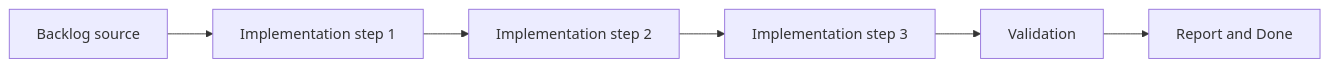
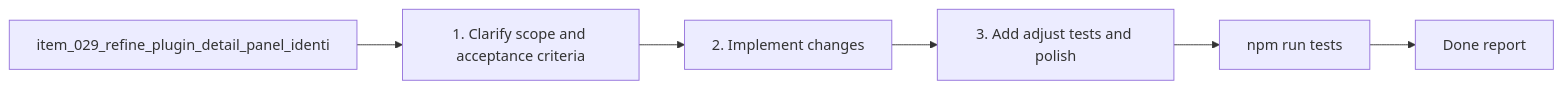
The diagram in logics/tasks/task_023_refine_plugin_detail_panel_identity_and_action_hierarchy.md (AlexAgo83/logics-manager), drawn with Mermaid before and after one commit. The commit also changed other lines of this file and 481 other files, not shown here.

````diff
--- a/logics/tasks/task_023_refine_plugin_detail_panel_identity_and_action_hierarchy.md
+++ b/logics/tasks/task_023_refine_plugin_detail_panel_identity_and_action_hierarchy.md
@@ -16,9 +17,10 @@
 ```mermaid
+%% logics-kind: task
 %% logics-signature: task|refine-plugin-detail-panel-identity-and-|item-029-refine-plugin-detail-panel-iden|1-clarify-scope-and-acceptance-criteria|npm-run-tests
 flowchart LR
-    Backlog[Backlog source] --> Step1[Implementation step 1]
-    Step1 --> Step2[Implementation step 2]
-    Step2 --> Step3[Implementation step 3]
-    Step3 --> Validation[Validation]
-    Validation --> Report[Report and Done]
+    Backlog[item_029_refine_plugin_detail_panel_identi] --> Step1[1. Clarify scope and acceptance criteria]
+    Step1 --> Step2[2. Implement changes]
+    Step2 --> Step3[3. Add adjust tests and polish]
+    Step3 --> Validation[npm run tests]
+    Validation --> Report[Done report]
 ```
````
